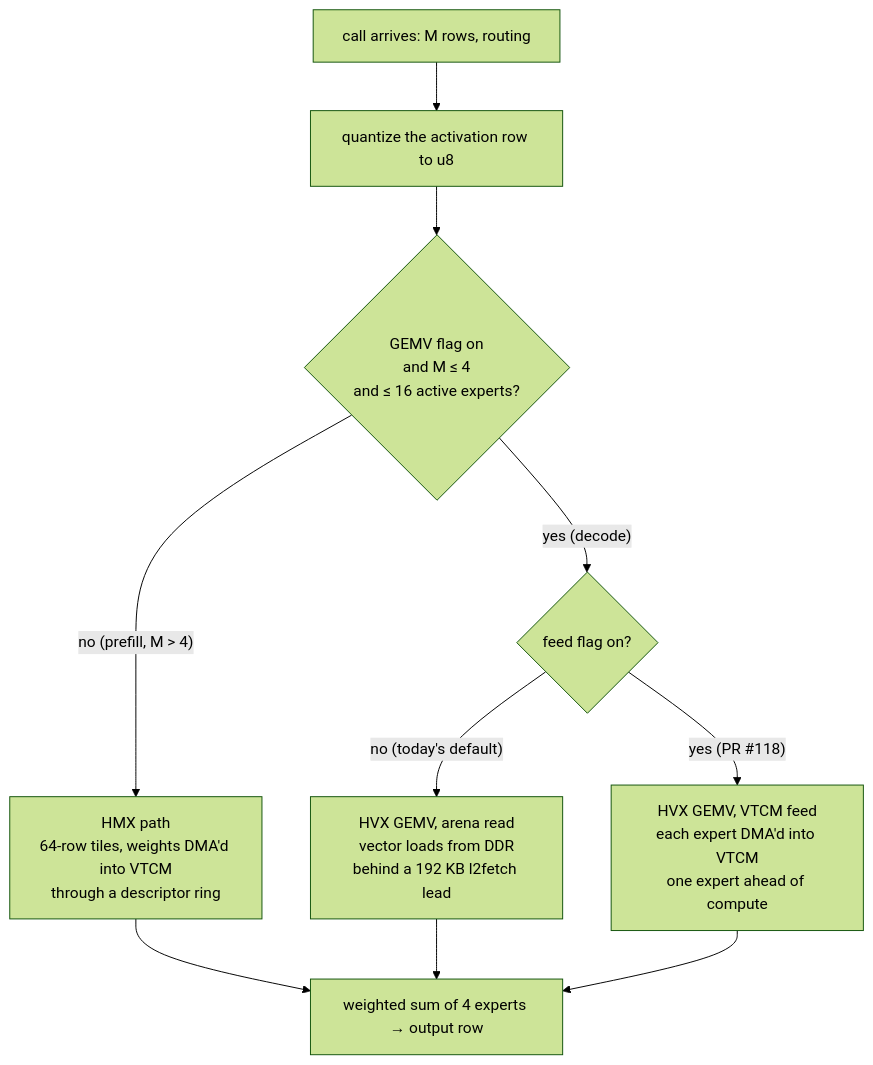
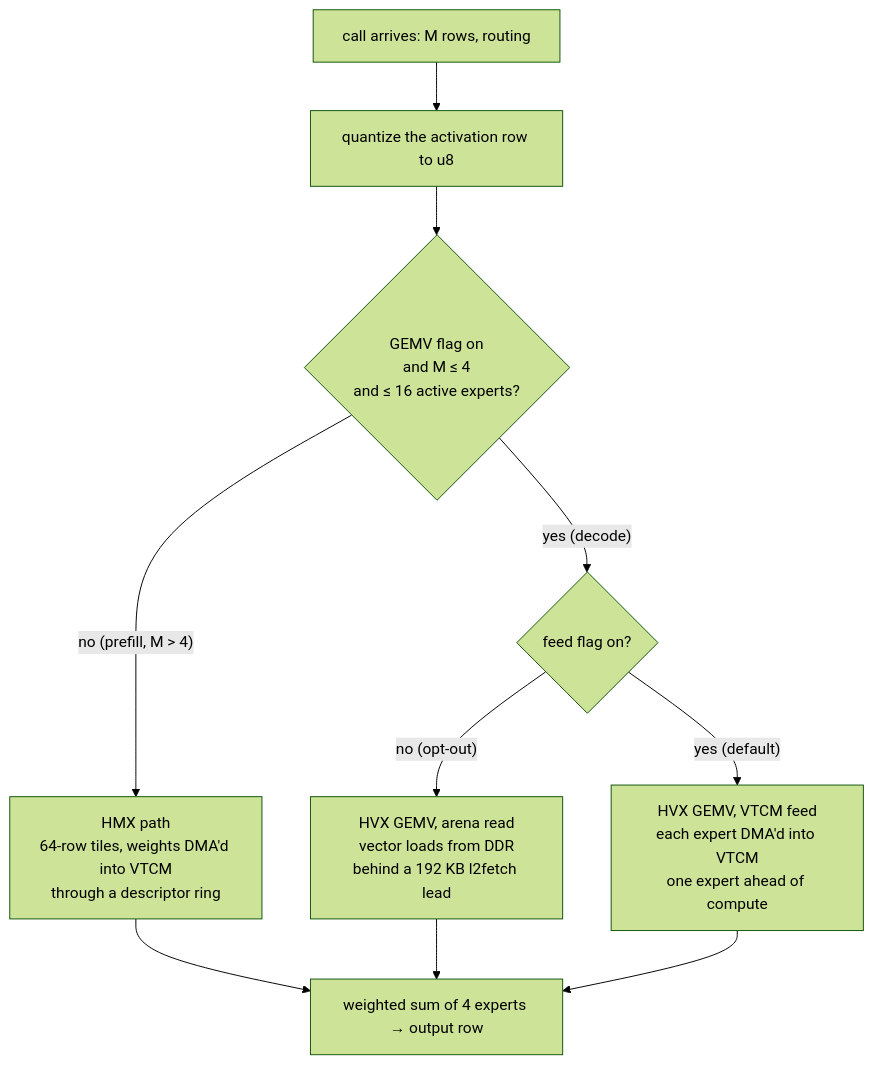
One commit to dlwlzzero/nntrainer changed the fifth of 7 diagrams in docs/htp/architecture.md. Above: the diagram before and after it, drawn with Mermaid (forest theme). The commit also changed other lines of this file and 9 other files, not shown here.

````diff
--- a/docs/htp/architecture.md
+++ b/docs/htp/architecture.md
@@ -149,12 +158,12 @@
 ```mermaid
 flowchart TD
     IN["call arrives: M rows, routing"] --> Q["quantize the activation row to u8"]
     Q --> C{"GEMV flag on<br/>and M ≤ 4<br/>and ≤ 16 active experts?"}
     C -- "no (prefill, M > 4)" --> HMX["HMX path<br/>64-row tiles, weights DMA'd into VTCM<br/>through a descriptor ring"]
     C -- "yes (decode)" --> F{"feed flag on?"}
-    F -- "no (today's default)" --> ARENA["HVX GEMV, arena read<br/>vector loads from DDR<br/>behind a 192 KB l2fetch lead"]
-    F -- "yes (PR #118)" --> VFEED["HVX GEMV, VTCM feed<br/>each expert DMA'd into VTCM<br/>one expert ahead of compute"]
+    F -- "yes (default)" --> VFEED["HVX GEMV, VTCM feed<br/>each expert DMA'd into VTCM<br/>one expert ahead of compute"]
+    F -- "no (opt-out)" --> ARENA["HVX GEMV, arena read<br/>vector loads from DDR<br/>behind a 192 KB l2fetch lead"]
     HMX --> S["weighted sum of 4 experts → output row"]
     ARENA --> S
     VFEED --> S
 ```
````
